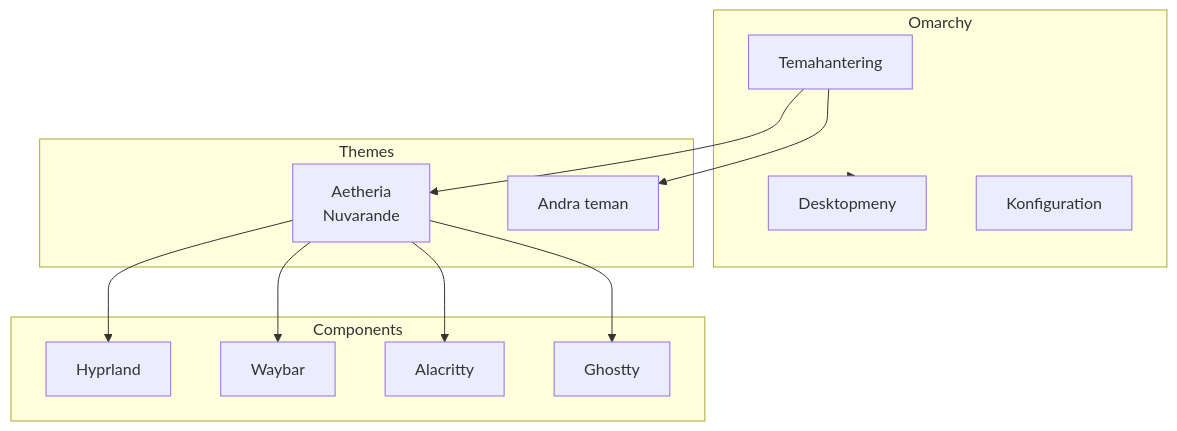
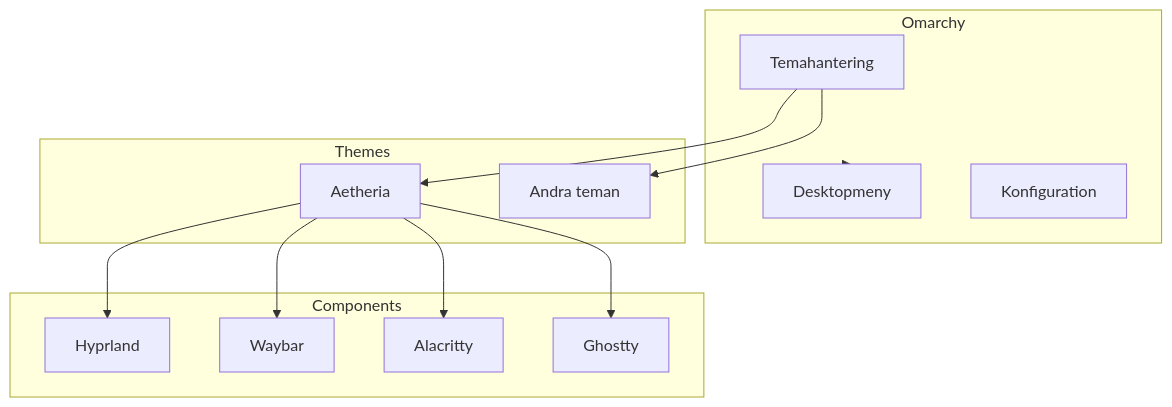
Before and after one commit to simonbrundin/dotfiles: the fourth of 4 diagrams in README.md, drawn with Mermaid. The commit also changed other lines of this file, not shown here.

Commit message:
fix: correct Mermaid diagrams for GitHub compatibility

````diff
--- a/README.md
+++ b/README.md
@@ -873,28 +844,28 @@
 ```mermaid
 flowchart TB
     subgraph Omarchy
         Theme[Temahantering]
         Menu[Desktopmeny]
         Config[Konfiguration]
     end
 
     subgraph Themes
-        Current[Aetheria<br/>Nuvarande]
+        Current[Aetheria]
         Others[Andra teman]
     end
 
     subgraph Components
         Hyprland[Hyprland]
         Waybar[Waybar]
         Alacritty[Alacritty]
         Ghostty[Ghostty]
     end
 
     Theme --> Current
     Theme --> Others
     Current --> Hyprland
     Current --> Waybar
     Current --> Alacritty
     Current --> Ghostty
     Omarchy --> Menu
 ```
````
